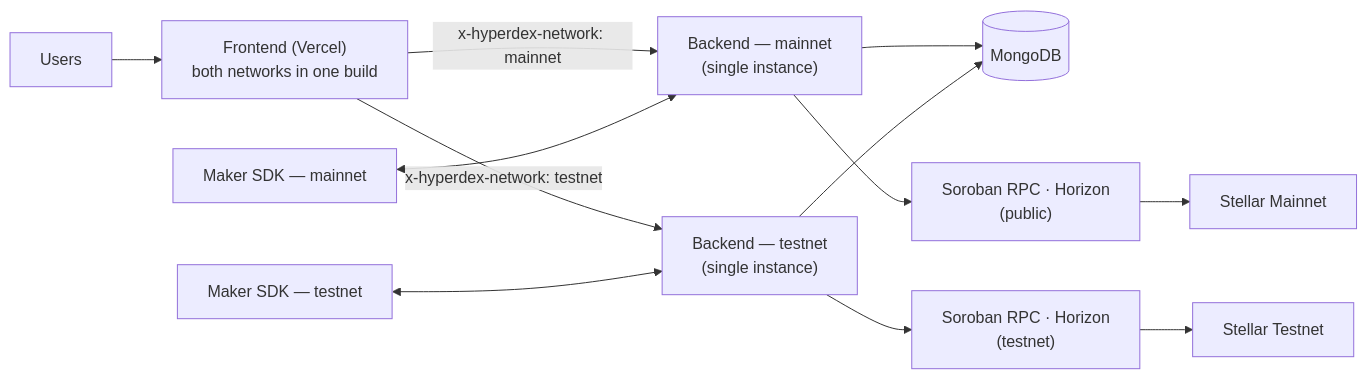
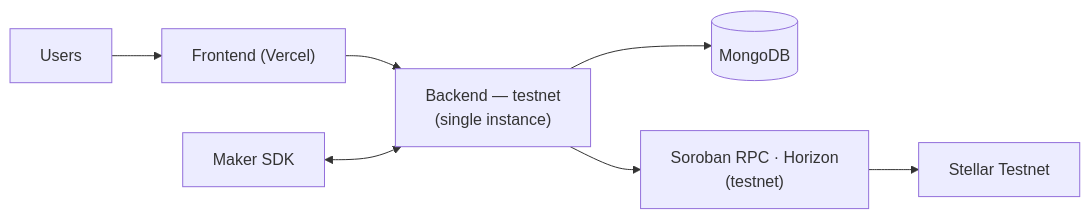
The seventh of 8 diagrams in docs/TECHNICAL_ARCHITECTURE.md (hyperdexnetwork/HyperDex), drawn with Mermaid before and after one commit. The commit also changed other lines of this file and 48 other files, not shown here.

First line of the commit message:
Remove mainnet support: HyperDex is testnet-only

````diff
--- a/docs/TECHNICAL_ARCHITECTURE.md
+++ b/docs/TECHNICAL_ARCHITECTURE.md
@@ -555,14 +539,9 @@
 ```mermaid
 flowchart LR
-    U["Users"] --> FE["Frontend (Vercel)<br/>both networks in one build"]
-    FE -->|"x-hyperdex-network: mainnet"| BEM["Backend — mainnet<br/>(single instance)"]
-    FE -->|"x-hyperdex-network: testnet"| BET["Backend — testnet<br/>(single instance)"]
-    BEM --> DB[("MongoDB")]
-    BET --> DB
-    BEM --> RPCM["Soroban RPC · Horizon<br/>(public)"]
-    BET --> RPCT["Soroban RPC · Horizon<br/>(testnet)"]
-    MKM["Maker SDK — mainnet"] <--> BEM
-    MKT["Maker SDK — testnet"] <--> BET
-    RPCM --> NM["Stellar Mainnet"]
-    RPCT --> NT["Stellar Testnet"]
+    U["Users"] --> FE["Frontend (Vercel)"]
+    FE --> BE["Backend — testnet<br/>(single instance)"]
+    BE --> DB[("MongoDB")]
+    BE --> RPC["Soroban RPC · Horizon<br/>(testnet)"]
+    MK["Maker SDK"] <--> BE
+    RPC --> NT["Stellar Testnet"]
 ```
````
